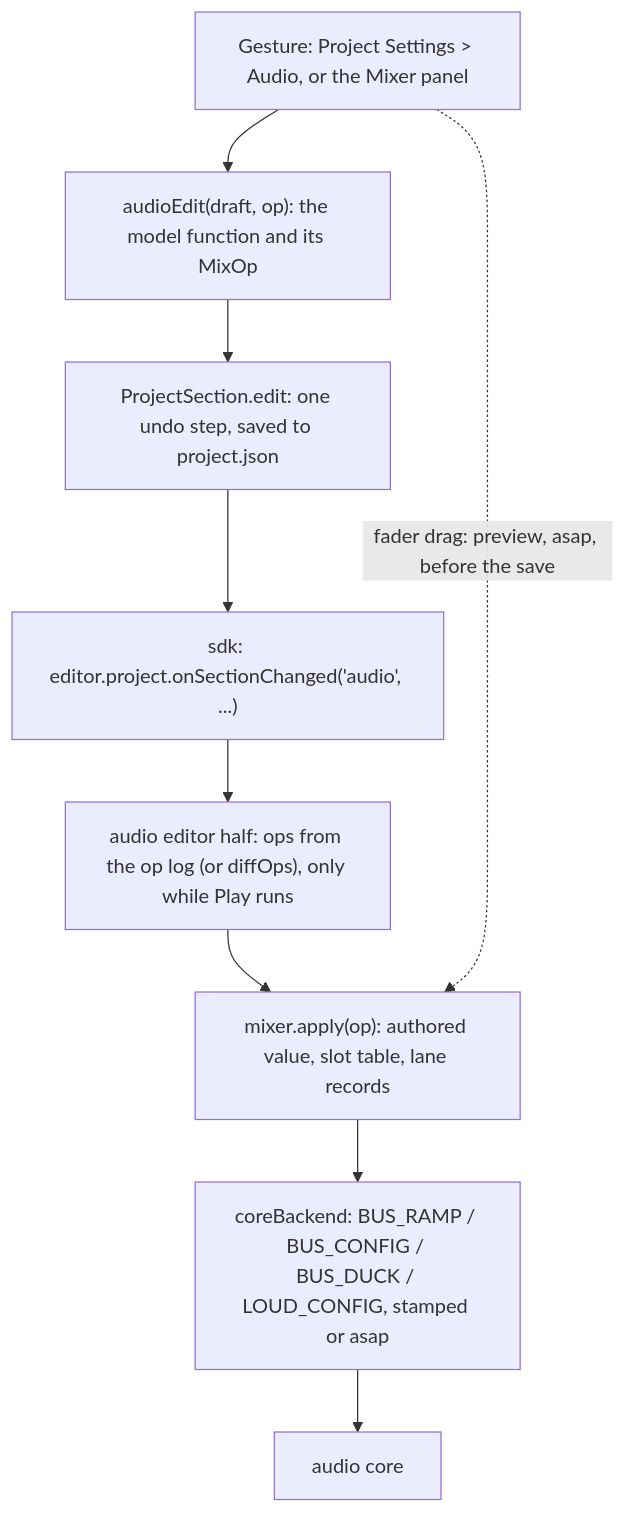
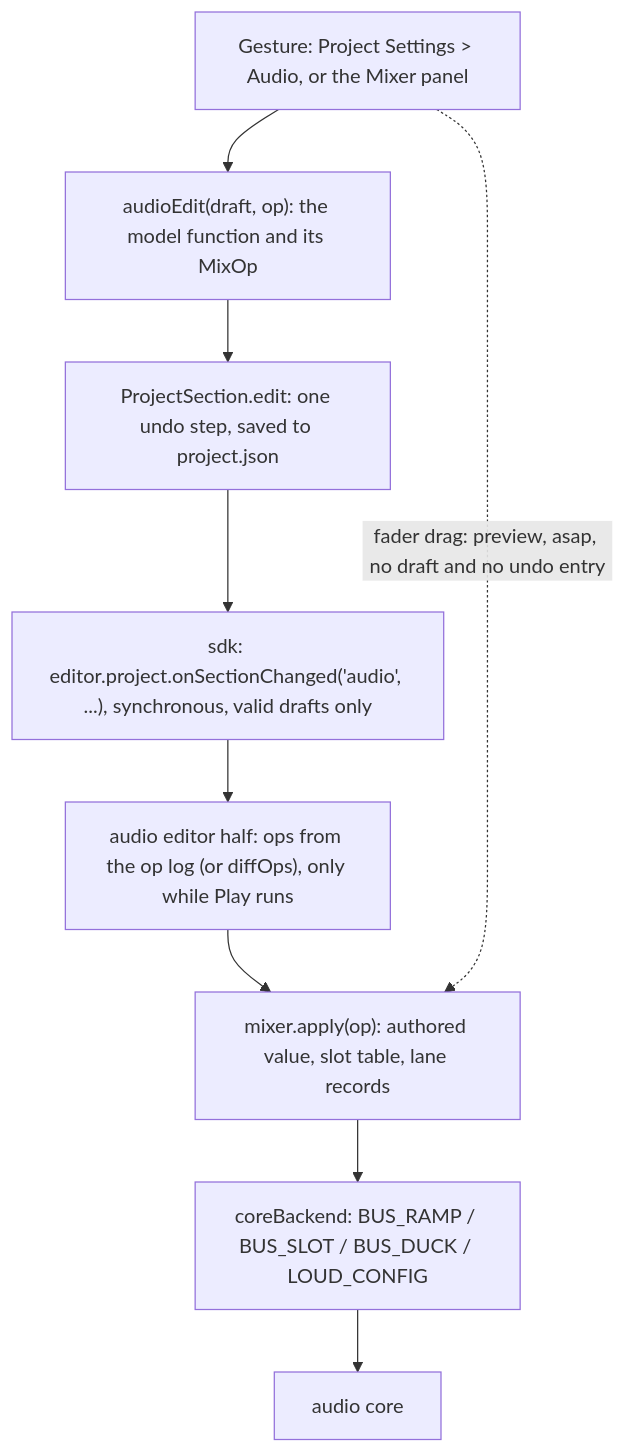
The second of 3 diagrams in docs/design/0171-audio-mix/api-and-models.md (doughtnerd/TranquilityEngine), drawn with Mermaid before and after one commit. The commit also changed other lines of this file and 1 other file, not shown here.

````diff
--- a/docs/design/0171-audio-mix/api-and-models.md
+++ b/docs/design/0171-audio-mix/api-and-models.md
@@ -420,11 +416,11 @@
 ```mermaid
 flowchart TD
   G["Gesture: Project Settings > Audio, or the Mixer panel"] --> M["audioEdit(draft, op): the model function and its MixOp"]
   M --> S["ProjectSection.edit: one undo step, saved to project.json"]
-  S --> H["sdk: editor.project.onSectionChanged('audio', ...)"]
+  S --> H["sdk: editor.project.onSectionChanged('audio', ...), synchronous, valid drafts only"]
   H --> L["audio editor half: ops from the op log (or diffOps), only while Play runs"]
   L --> A["mixer.apply(op): authored value, slot table, lane records"]
-  A --> B["coreBackend: BUS_RAMP / BUS_CONFIG / BUS_DUCK / LOUD_CONFIG, stamped or asap"]
+  A --> B["coreBackend: BUS_RAMP / BUS_SLOT / BUS_DUCK / LOUD_CONFIG"]
   B --> C["audio core"]
-  G -. "fader drag: preview, asap, before the save" .-> A
+  G -. "fader drag: preview, asap, no draft and no undo entry" .-> A
 ```
````
